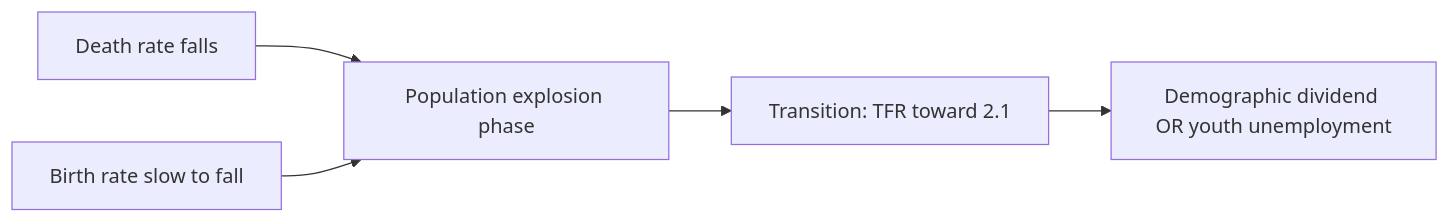
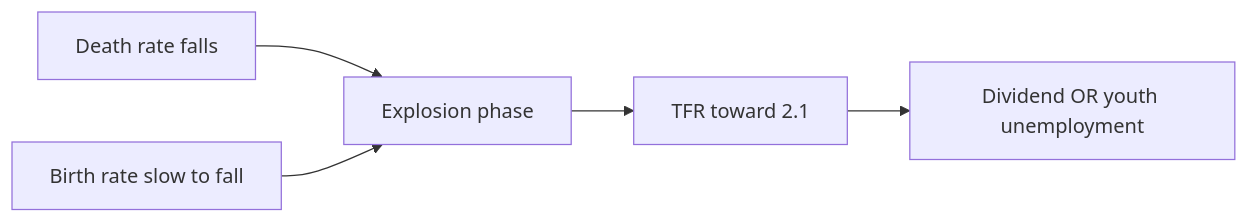
One commit to nitishpratap/UP-PCS changed the diagram in mains-pyqs/GS-1/07_Society_Development/02_Population_Policy_Explosion.md. Above: the diagram before and after it, drawn with Mermaid. The commit also changed other lines of this file and 97 other files, not shown here.

````diff
--- a/mains-pyqs/GS-1/07_Society_Development/02_Population_Policy_Explosion.md
+++ b/mains-pyqs/GS-1/07_Society_Development/02_Population_Policy_Explosion.md
@@ -87,7 +87,7 @@
 ```mermaid
 flowchart LR
-  D[Death rate falls] --> G[Population explosion phase]
+  D[Death rate falls] --> G[Explosion phase]
   B[Birth rate slow to fall] --> G
-  G --> T[Transition: TFR toward 2.1]
-  T --> DIV[Demographic dividend OR youth unemployment]
+  G --> T[TFR toward 2.1]
+  T --> DIV[Dividend OR youth unemployment]
 ```
````
